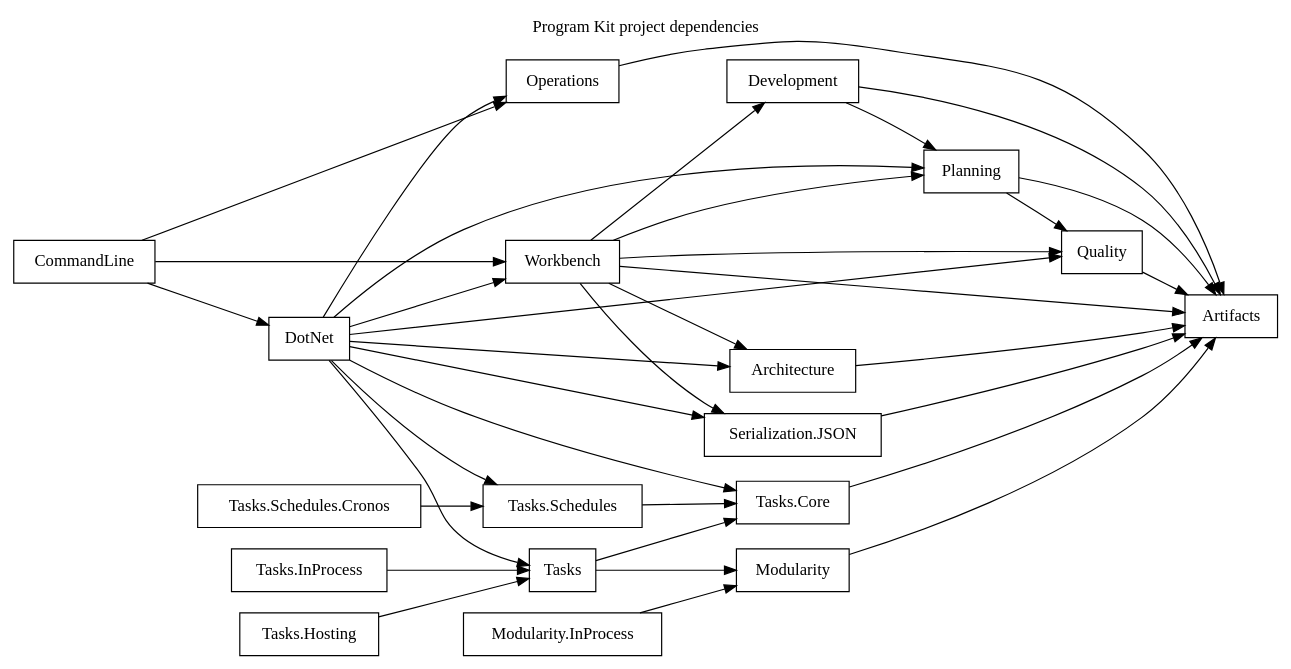
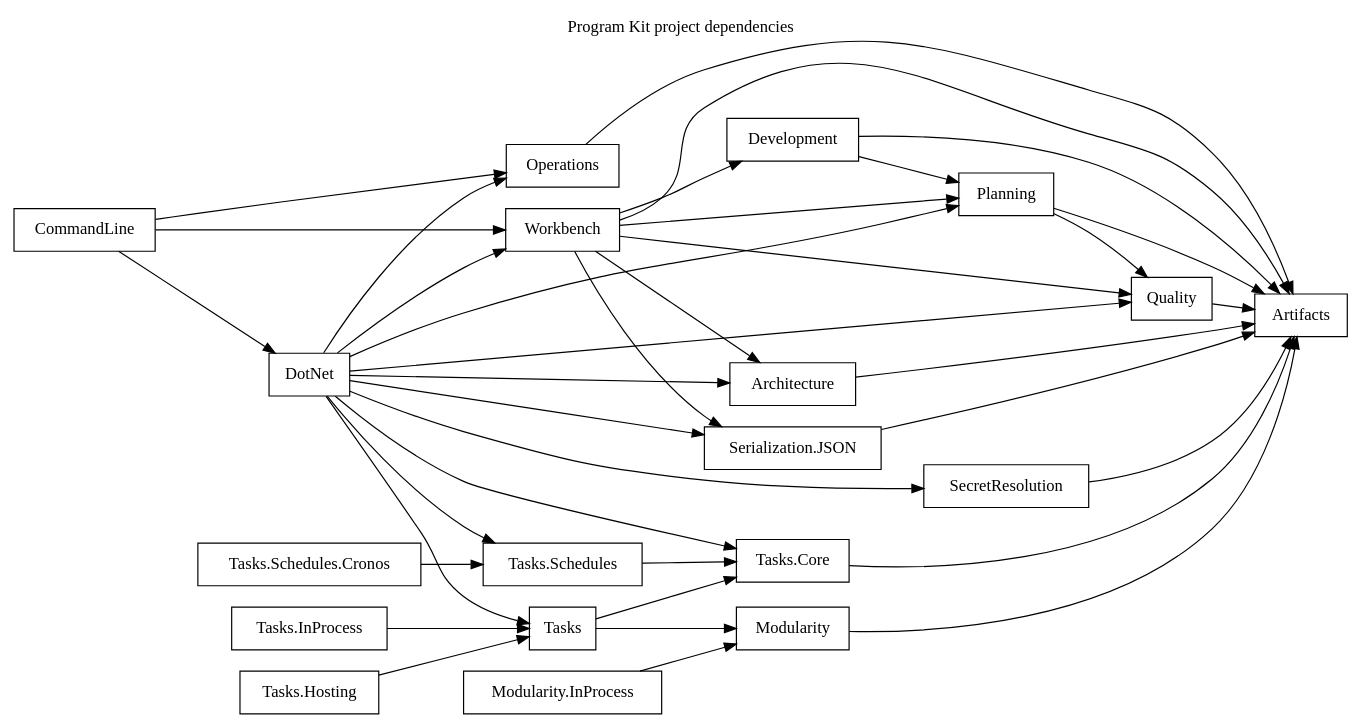
One commit to orbyss-io/program-kit changed the diagram in artifacts/self-hosted/dependency-graph.dot. Above: the diagram before and after it, drawn with Graphviz. The commit also changed 89 other files, not shown here.

Commit message:
Implement PKHT-W025 typed secret resolution contracts

```diff
--- a/artifacts/self-hosted/dependency-graph.dot
+++ b/artifacts/self-hosted/dependency-graph.dot
@@ -1,40 +1,42 @@
 digraph ProgramKitDependencies {
   graph [label="Program Kit project dependencies", labelloc="t", rankdir="LR"];
   node [shape="box"];
 
   "Architecture" -> "Artifacts";
   "CommandLine" -> "DotNet";
   "CommandLine" -> "Operations";
   "CommandLine" -> "Workbench";
   "Development" -> "Artifacts";
   "Development" -> "Planning";
   "DotNet" -> "Architecture";
   "DotNet" -> "Operations";
   "DotNet" -> "Planning";
   "DotNet" -> "Quality";
+  "DotNet" -> "SecretResolution";
   "DotNet" -> "Serialization.JSON";
   "DotNet" -> "Tasks";
   "DotNet" -> "Tasks.Core";
   "DotNet" -> "Tasks.Schedules";
   "DotNet" -> "Workbench";
   "Modularity" -> "Artifacts";
   "Modularity.InProcess" -> "Modularity";
   "Operations" -> "Artifacts";
   "Planning" -> "Artifacts";
   "Planning" -> "Quality";
   "Quality" -> "Artifacts";
+  "SecretResolution" -> "Artifacts";
   "Serialization.JSON" -> "Artifacts";
   "Tasks" -> "Modularity";
   "Tasks" -> "Tasks.Core";
   "Tasks.Core" -> "Artifacts";
   "Tasks.Hosting" -> "Tasks";
   "Tasks.InProcess" -> "Tasks";
   "Tasks.Schedules" -> "Tasks.Core";
   "Tasks.Schedules.Cronos" -> "Tasks.Schedules";
   "Workbench" -> "Architecture";
   "Workbench" -> "Artifacts";
   "Workbench" -> "Development";
   "Workbench" -> "Planning";
   "Workbench" -> "Quality";
   "Workbench" -> "Serialization.JSON";
 }
```
